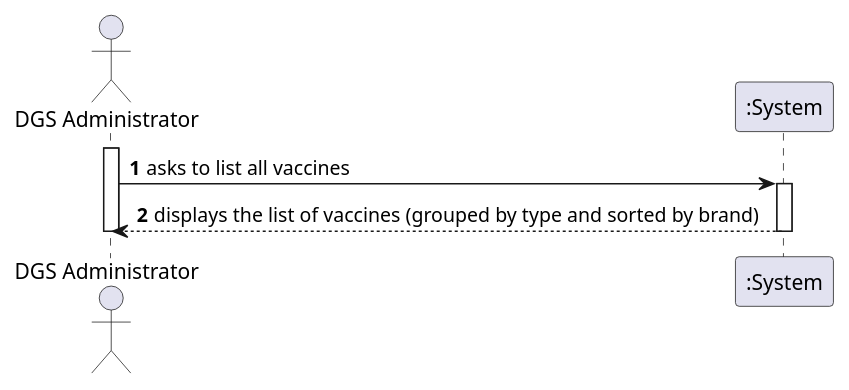
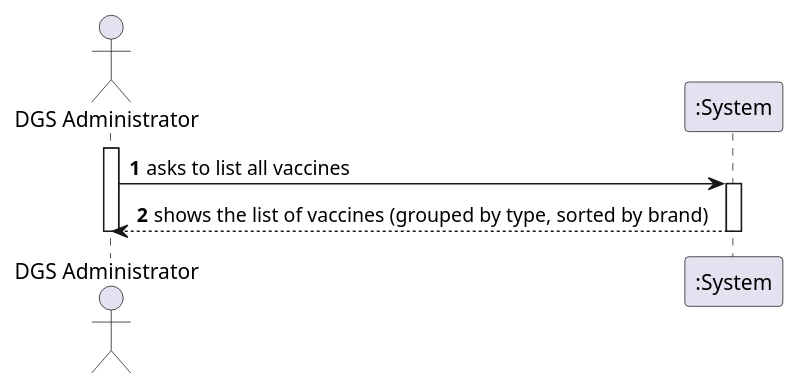
Before and after one commit to afonso51111/leti-esoft-25-26-A33: the diagram in project-template/docs/sprint3/US12/puml/US12-SSD.puml, drawn with PlantUML. The commit also changed 8 other files, not shown here.

```diff
--- a/project-template/docs/sprint3/US12/puml/US12-SSD.puml
+++ b/project-template/docs/sprint3/US12/puml/US12-SSD.puml
@@ -1,15 +1,15 @@
 @startuml
 autonumber
 actor "DGS Administrator" as Admin
 participant ":System" as System
 
 activate Admin
 
 Admin -> System : asks to list all vaccines
 activate System
 
-System --> Admin : displays the list of vaccines (grouped by type and sorted by brand)
+System --> Admin : shows the list of vaccines (grouped by type, sorted by brand)
 deactivate System
 
 deactivate Admin
 @enduml
```
